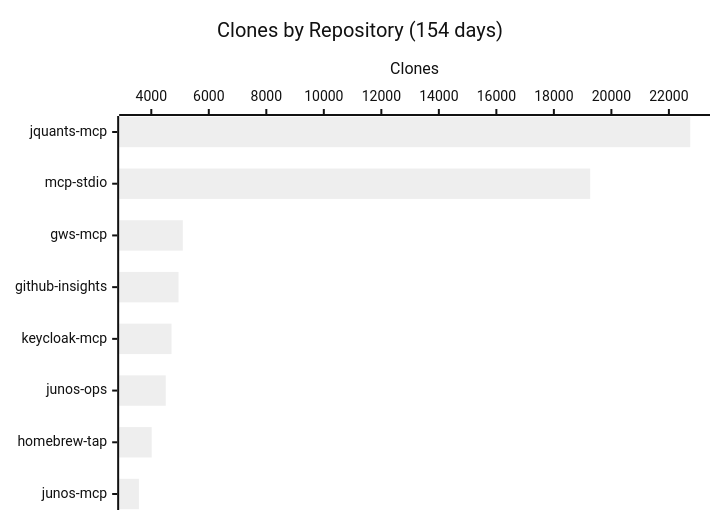
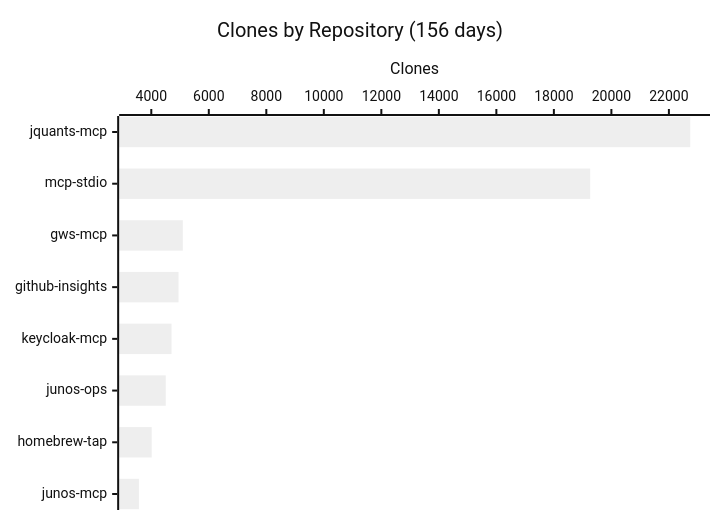
Before and after one commit to shigechika/github-insights: the fourth of 4 diagrams in README.md, drawn with Mermaid (neutral theme). The commit also changed other lines of this file and 2 other files, not shown here.

````diff
--- a/README.md
+++ b/README.md
@@ -58,7 +58,7 @@
 ```mermaid
 xychart-beta horizontal
-    title "Clones by Repository (154 days)"
+    title "Clones by Repository (156 days)"
     x-axis ["jquants-mcp", "mcp-stdio", "gws-mcp", "github-insights", "keycloak-mcp", "junos-ops", "homebrew-tap", "junos-mcp"]
     y-axis "Clones"
     bar [22743, 19263, 5096, 4947, 4703, 4503, 4014, 3569]
 ```
````
